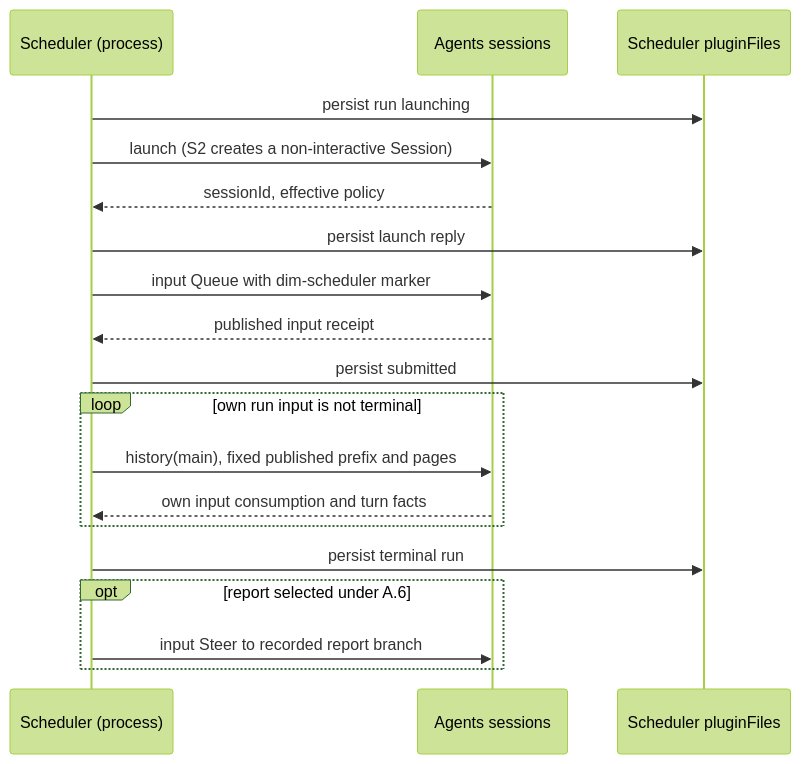
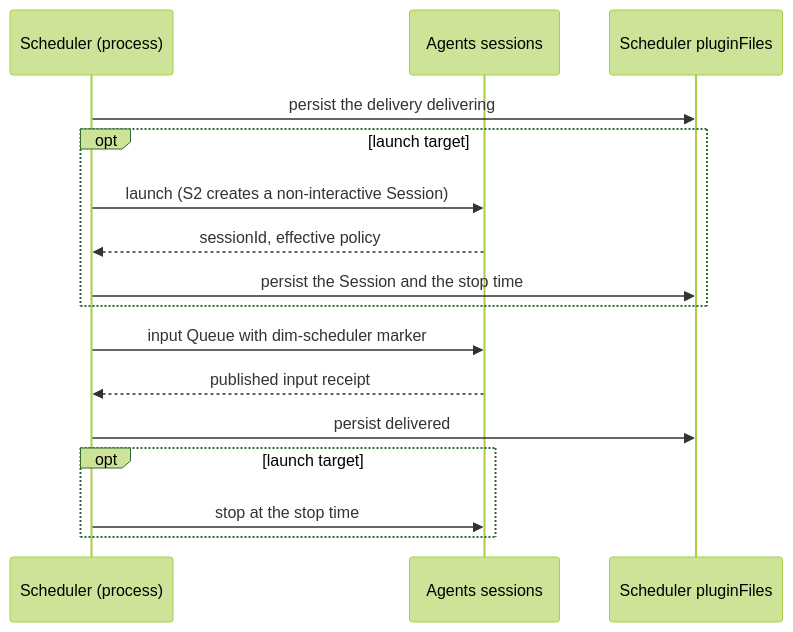
Before and after one commit to CoutinhoTTS/dim-agent: the seventh of 8 diagrams in docs/design/overview.md, drawn with Mermaid (forest theme). The commit also changed other lines of this file and 16 other files, not shown here.

First line of the commit message:
docs: align Scheduler references with branch delivery

````diff
--- a/docs/design/overview.md
+++ b/docs/design/overview.md
@@ -271,21 +271,18 @@
 ```mermaid
 sequenceDiagram
   participant SC as Scheduler (process)
   participant AI as Agents sessions
   participant PF as Scheduler pluginFiles
-  SC->>PF: persist run launching
-  SC->>AI: launch (S2 creates a non-interactive Session)
-  AI-->>SC: sessionId, effective policy
-  SC->>PF: persist launch reply
+  SC->>PF: persist the delivery delivering
+  opt launch target
+    SC->>AI: launch (S2 creates a non-interactive Session)
+    AI-->>SC: sessionId, effective policy
+    SC->>PF: persist the Session and the stop time
+  end
   SC->>AI: input Queue with dim-scheduler marker
   AI-->>SC: published input receipt
-  SC->>PF: persist submitted
-  loop own run input is not terminal
-    SC->>AI: history(main), fixed published prefix and pages
-    AI-->>SC: own input consumption and turn facts
-  end
-  SC->>PF: persist terminal run
-  opt report selected under A.6
-    SC->>AI: input Steer to recorded report branch
+  SC->>PF: persist delivered
+  opt launch target
+    SC->>AI: stop at the stop time
   end
 ```
````
